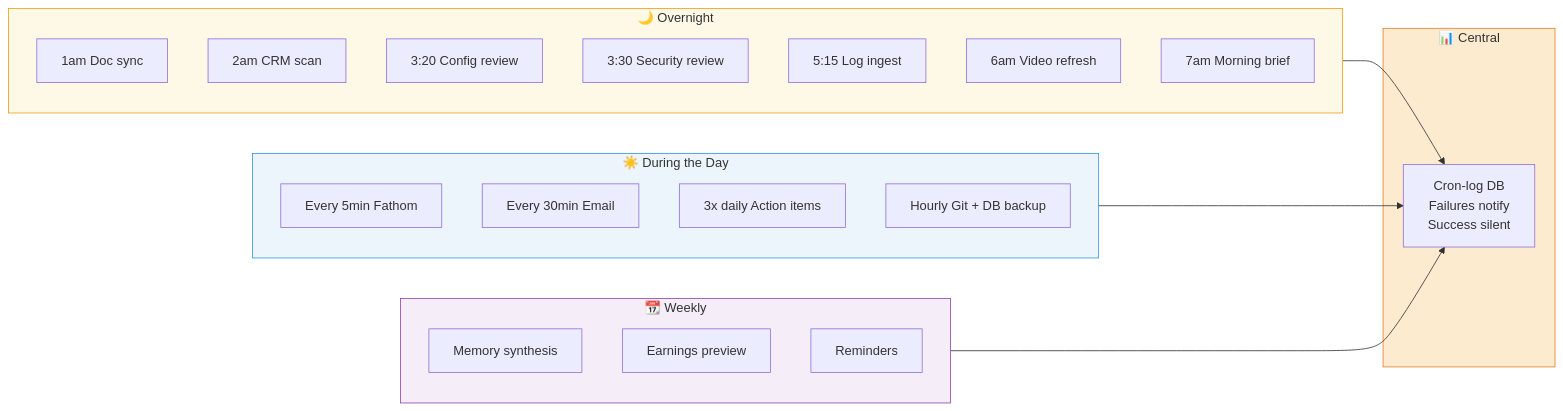
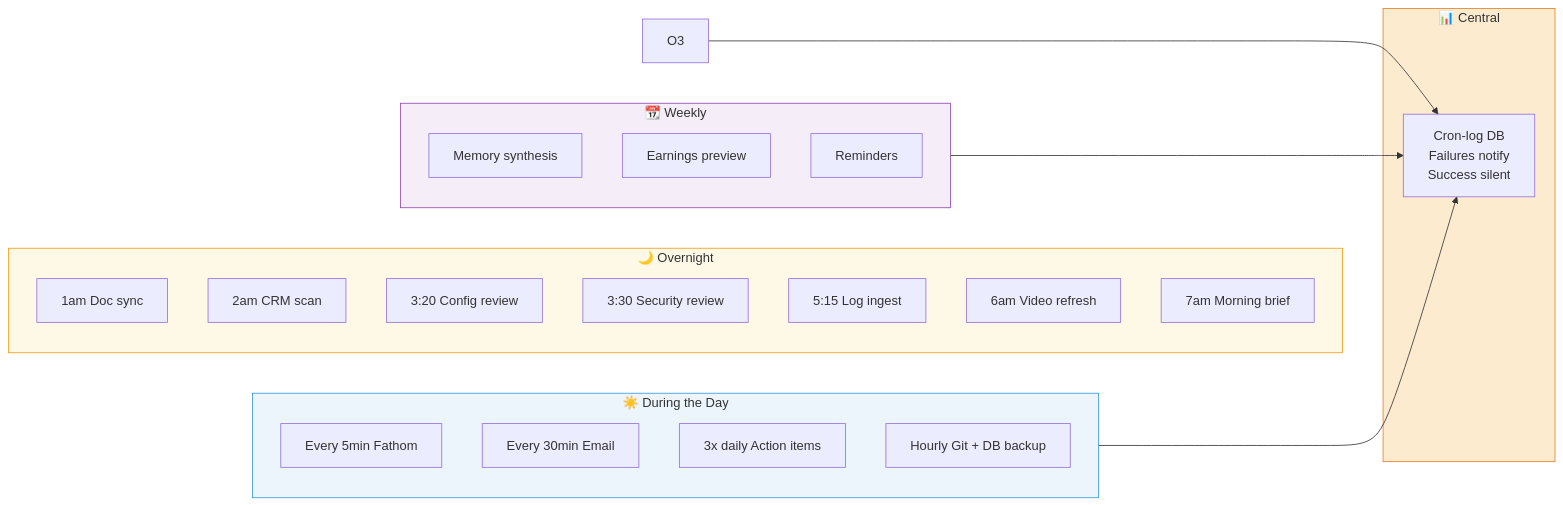
One commit to rsrini7/Learnings changed diagram 12 of 16 in AI-ML/Agents/openclaw/openclaw-usecases-video-supplement.md. Above: the diagram before and after it, drawn with Mermaid. The commit also changed 7 other files, not shown here.

First line of the commit message:
docs: update mermaid flowcharts in documentation

````diff
--- a/AI-ML/Agents/openclaw/openclaw-usecases-video-supplement.md
+++ b/AI-ML/Agents/openclaw/openclaw-usecases-video-supplement.md
@@ -712,36 +712,36 @@
 ```mermaid
 flowchart LR
     subgraph Overnight["🌙 Overnight"]
         direction TB
         N1[1am Doc sync]
         N2[2am CRM scan]
         N3[3:20 Config review]
         N4[3:30 Security review]
         N5[5:15 Log ingest]
         N6[6am Video refresh]
         N7[7am Morning brief]
     end
     subgraph Day["☀️ During the Day"]
         direction TB
         D1[Every 5min Fathom]
         D2[Every 30min Email]
         D3[3x daily Action items]
         D4[Hourly Git + DB backup]
     end
     subgraph Weekly["📆 Weekly"]
         direction TB
         W1[Memory synthesis]
         W2[Earnings preview]
         W3[Reminders]
     end
     subgraph Central["📊 Central"]
         L[Cron-log DB<br/>Failures notify<br/>Success silent]
     end
-    Overnight --> L
-    Day --> L
-    Weekly --> L
+    O3 --> L
+    D3 --> L
+    W3 --> L
     style Overnight fill:#FEF9E7,stroke:#F39C12
     style Day fill:#EBF5FB,stroke:#3498DB
     style Weekly fill:#F5EEF8,stroke:#8E44AD
     style Central fill:#FDEBD0,stroke:#E67E22
 ```
````
